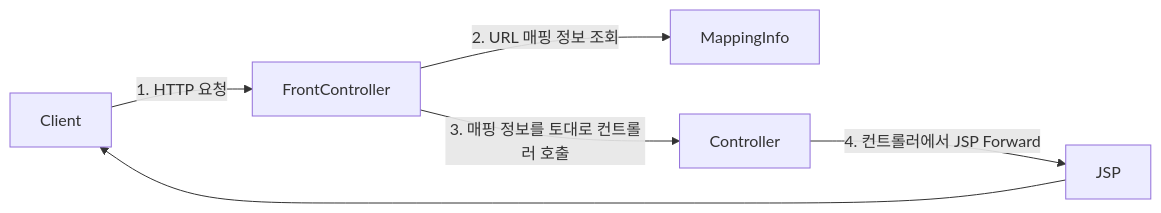
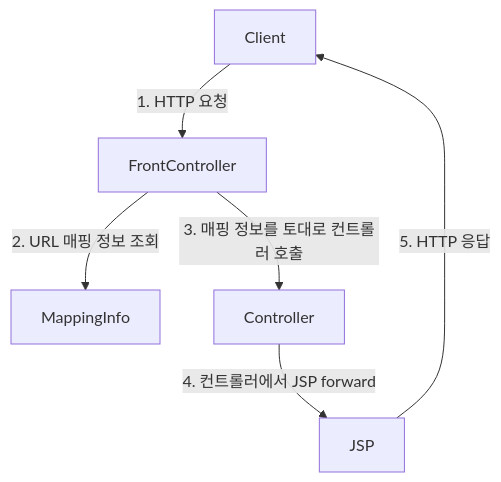
One commit to choiexe1/blog changed the diagram in content/Resources/프로그래밍/Java/3. Spring/2. MVC 1편/4. MVC 프레임워크 만들기.md. Above: the diagram before and after it, drawn with Mermaid. The commit also changed other lines of this file, not shown here.

````diff
--- a/content/Resources/프로그래밍/Java/3. Spring/2. MVC 1편/4. MVC 프레임워크 만들기.md
+++ b/content/Resources/프로그래밍/Java/3. Spring/2. MVC 1편/4. MVC 프레임워크 만들기.md
@@ -39,15 +39,15 @@
 ```mermaid
-graph LR
+graph TB
 
 Client
 FrontController
 MappingInfo
 Controller
 JSP
 
 Client --> |1. HTTP 요청|FrontController
 FrontController --> |2. URL 매핑 정보 조회| MappingInfo
 FrontController --> |3. 매핑 정보를 토대로 컨트롤러 호출| Controller
-Controller --> |4. 컨트롤러에서 JSP Forward| JSP
-JSP --> Client
+Controller --> |4. 컨트롤러에서 JSP forward| JSP
+JSP --> |5. HTTP 응답| Client
 ```
````
